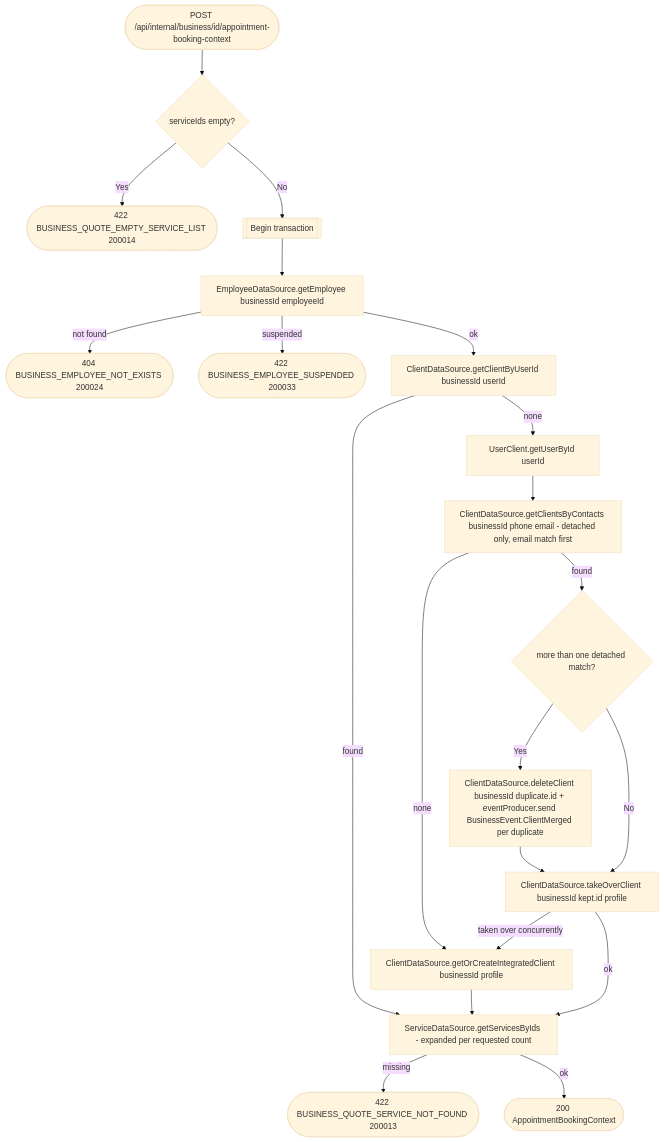
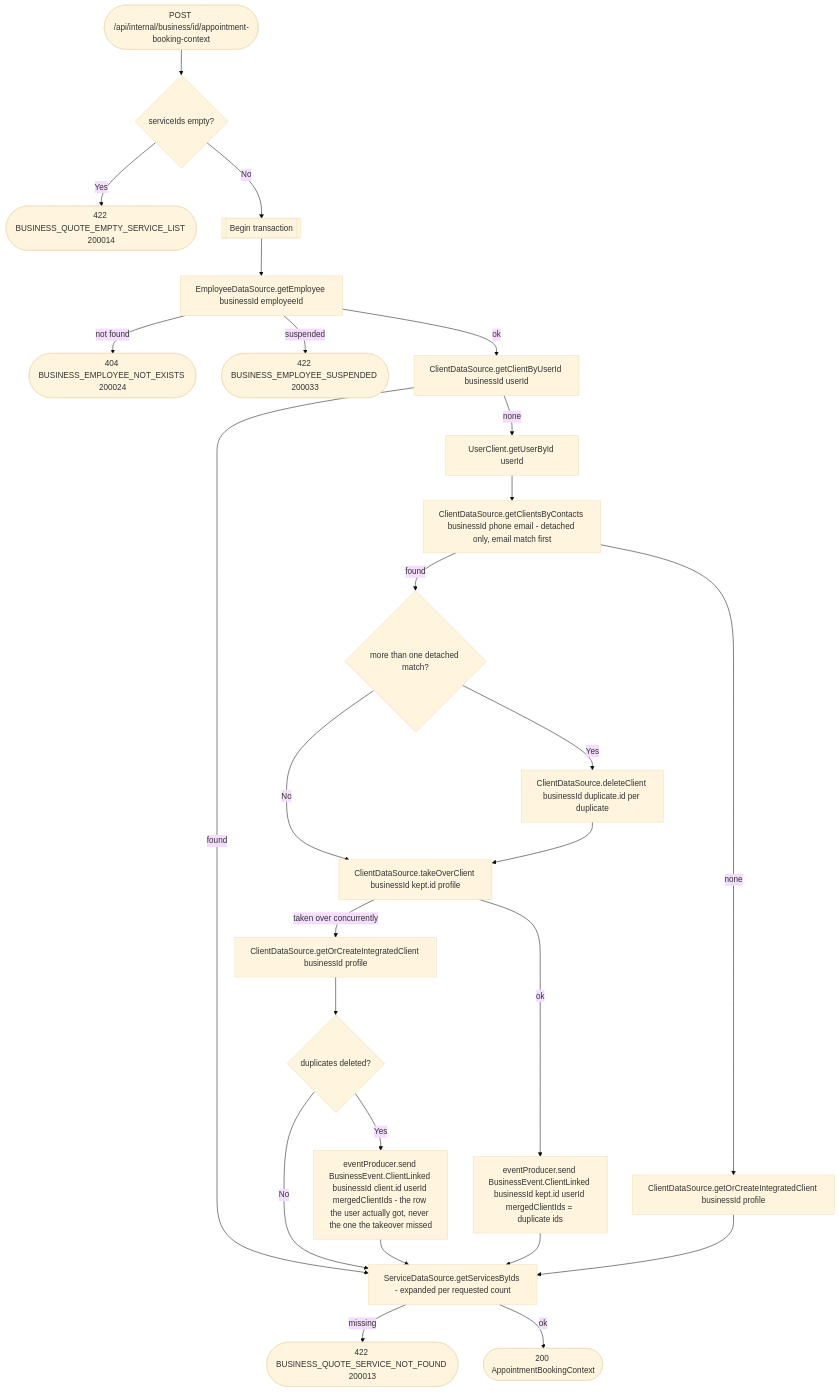
One commit to nocturneproperties/bookkme changed the diagram in docs/operations/business/get-appointment-booking-context.md. Above: the diagram before and after it, drawn with Mermaid (base theme). The commit also changed other lines of this file and 90 other files, not shown here.

````diff
--- a/docs/operations/business/get-appointment-booking-context.md
+++ b/docs/operations/business/get-appointment-booking-context.md
@@ -23,23 +24,28 @@
 ```mermaid
 flowchart TD
     Start([POST /api/internal/business/id/appointment-booking-context]) --> Empty{serviceIds empty?}
     Empty -- Yes --> R422e([422 BUSINESS_QUOTE_EMPTY_SERVICE_LIST 200014])
     Empty -- No --> Tx[[Begin transaction]]
     Tx --> Emp[EmployeeDataSource.getEmployee businessId employeeId]
     Emp -- not found --> R404([404 BUSINESS_EMPLOYEE_NOT_EXISTS 200024])
     Emp -- suspended --> R422s([422 BUSINESS_EMPLOYEE_SUSPENDED 200033])
     Emp -- ok --> Own[ClientDataSource.getClientByUserId businessId userId]
     Own -- found --> Services
     Own -- none --> Profile[UserClient.getUserById userId]
     Profile --> Match[ClientDataSource.getClientsByContacts businessId phone email - detached only, email match first]
     Match -- none --> Create[ClientDataSource.getOrCreateIntegratedClient businessId profile]
     Match -- found --> Others{more than one detached match?}
-    Others -- Yes --> Merge[ClientDataSource.deleteClient businessId duplicate.id + eventProducer.send BusinessEvent.ClientMerged per duplicate]
+    Others -- Yes --> Merge["ClientDataSource.deleteClient businessId duplicate.id per duplicate"]
     Others -- No --> TakeOver
     Merge --> TakeOver[ClientDataSource.takeOverClient businessId kept.id profile]
-    TakeOver -- taken over concurrently --> Create
-    TakeOver -- ok --> Services
+    TakeOver -- ok --> Linked["eventProducer.send BusinessEvent.ClientLinked businessId kept.id userId mergedClientIds = duplicate ids"]
+    TakeOver -- taken over concurrently --> Fallback[ClientDataSource.getOrCreateIntegratedClient businessId profile]
+    Fallback --> Dups{duplicates deleted?}
+    Dups -- Yes --> LinkedFallback["eventProducer.send BusinessEvent.ClientLinked businessId client.id userId mergedClientIds - the row the user actually got, never the one the takeover missed"]
+    Dups -- No --> Services
+    LinkedFallback --> Services
+    Linked --> Services
     Create --> Services[ServiceDataSource.getServicesByIds - expanded per requested count]
     Services -- missing --> R422n([422 BUSINESS_QUOTE_SERVICE_NOT_FOUND 200013])
     Services -- ok --> R200([200 AppointmentBookingContext])
 ```
````
